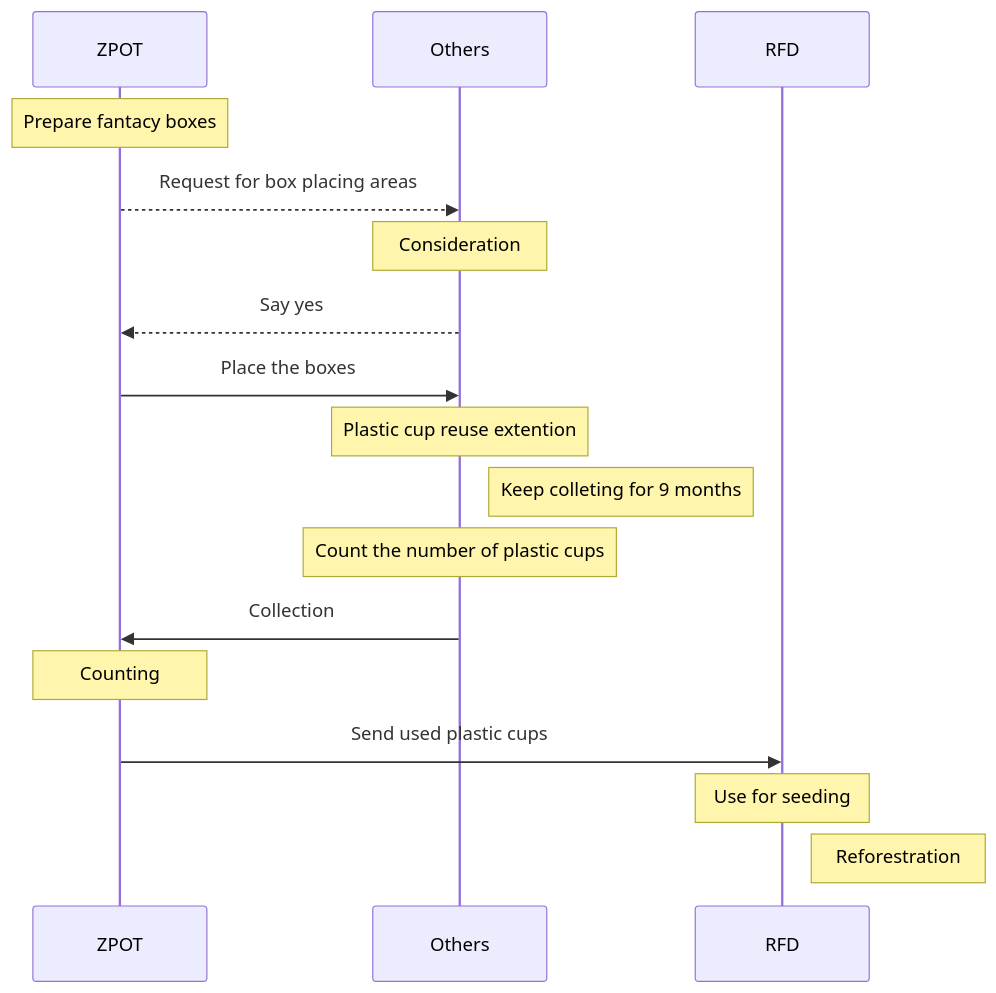
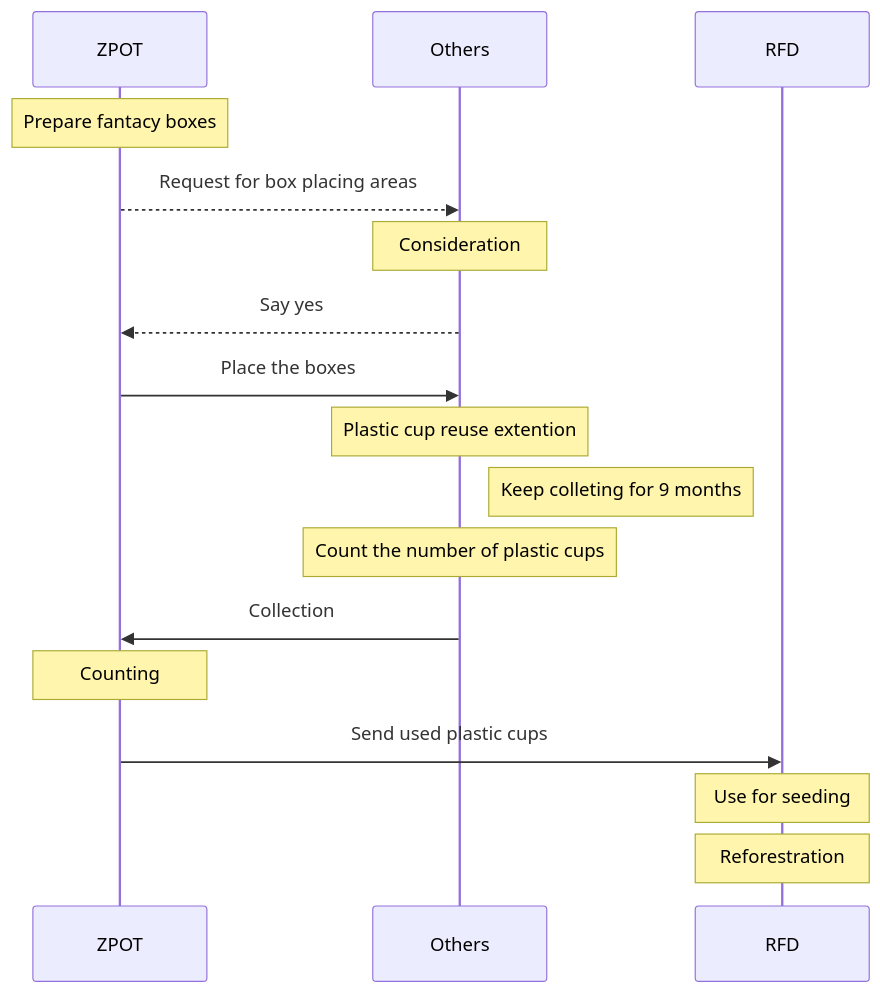
One commit to Kietpawpan/carbon changed the first of 2 diagrams in README.md. Above: the diagram before and after it, drawn with Mermaid.

````diff
--- a/README.md
+++ b/README.md
@@ -9,16 +9,16 @@
 ```mermaid
 sequenceDiagram
     Note over ZPOT: Prepare fantacy boxes  
     ZPOT-->>Others: Request for box placing areas
     Note over Others: Consideration
     Others-->>ZPOT: Say yes
     ZPOT->>Others: Place the boxes
     Note over Others: Plastic cup reuse extention
     Note right of Others: Keep colleting for 9 months
     Note over Others: Count the number of plastic cups
     Others->>ZPOT: Collection
     Note over ZPOT: Counting
     ZPOT->>RFD: Send used plastic cups
     Note over RFD: Use for seeding
-    Note right of RFD: Reforestration
+    Note over RFD: Reforestration
 ```
````
